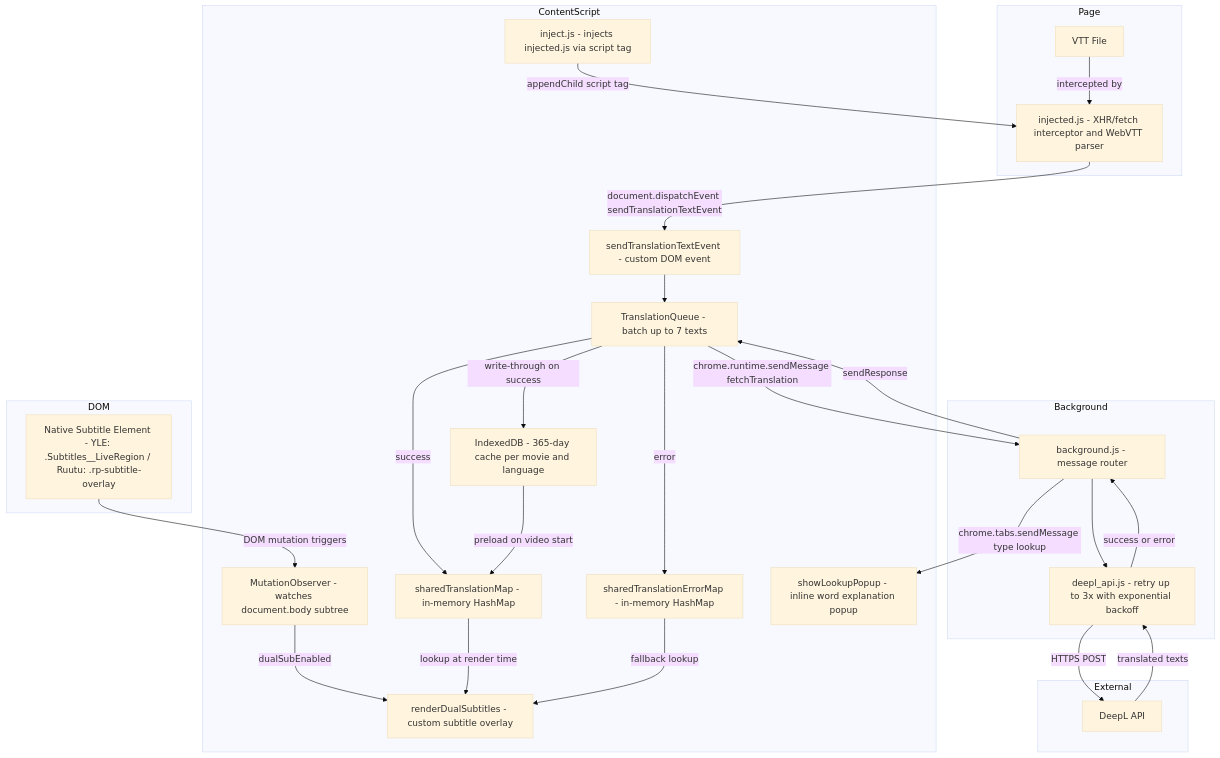
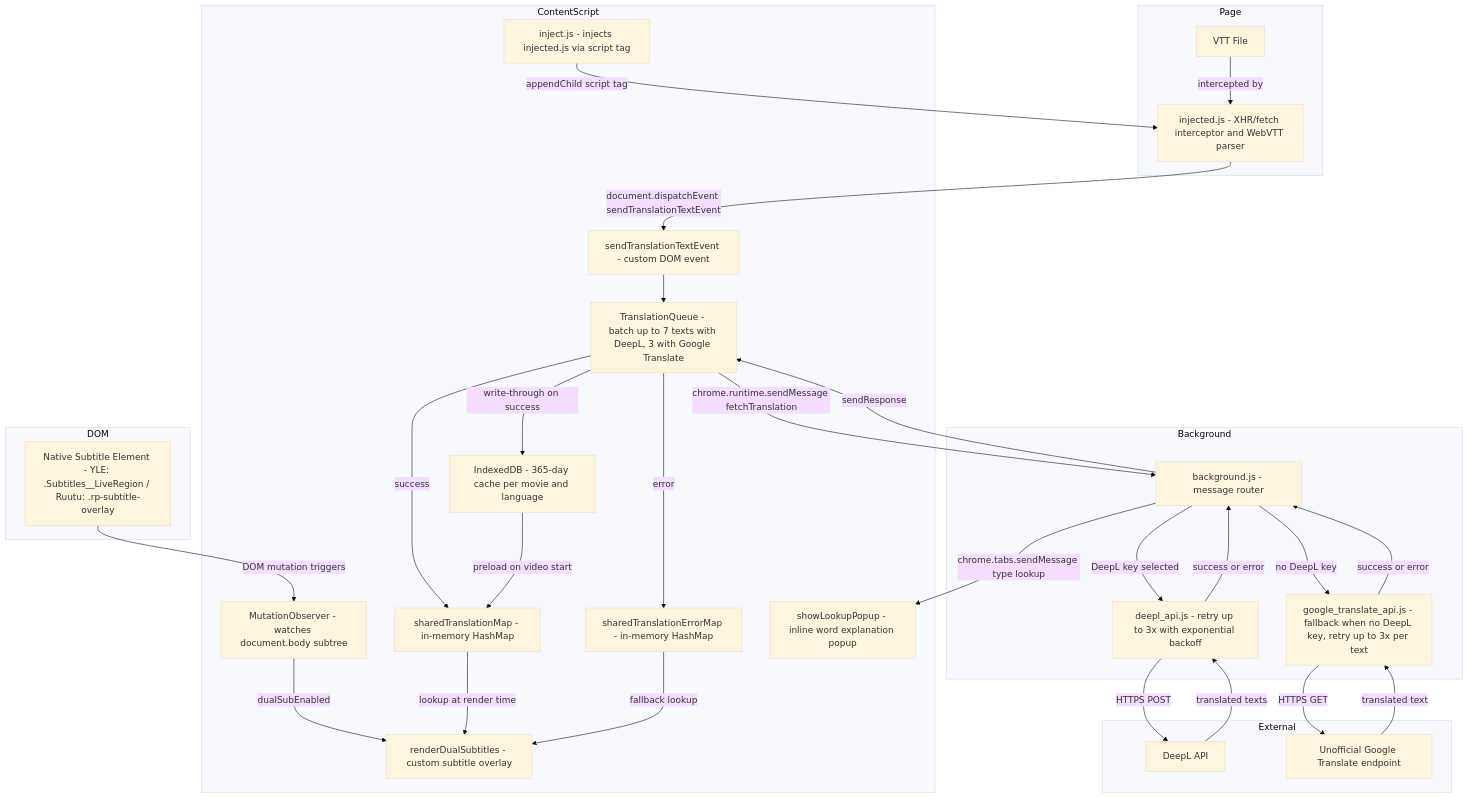
The first of 2 diagrams in README.md (anhtumai/finnish-streaming-dual-sub), drawn with Mermaid (base theme) before and after one commit. The commit also changed other lines of this file and 16 other files, not shown here.

First line of the commit message:
issue-30: use unofficial Google Translate as default when no DeepL key is set

````diff
--- a/README.md
+++ b/README.md
@@ -41,52 +43,58 @@
 ```mermaid
 flowchart TD
     subgraph Page
         VTT[VTT File]
         INJ[injected.js - XHR/fetch interceptor and WebVTT parser]
     end
 
     subgraph DOM
         NATIVE[Native Subtitle Element - YLE: .Subtitles__LiveRegion / Ruutu: .rp-subtitle-overlay]
     end
 
     subgraph ContentScript
         INJECT[inject.js - injects injected.js via script tag]
         EVT[sendTranslationTextEvent - custom DOM event]
-        TQ[TranslationQueue - batch up to 7 texts]
+        TQ[TranslationQueue - batch up to 7 texts with DeepL, 3 with Google Translate]
         MAP[sharedTranslationMap - in-memory HashMap]
         ERRMAP[sharedTranslationErrorMap - in-memory HashMap]
         IDB[IndexedDB - 365-day cache per movie and language]
         OBS[MutationObserver - watches document.body subtree]
         RENDER[renderDualSubtitles - custom subtitle overlay]
         LOOKUP[showLookupPopup - inline word explanation popup]
     end
 
     subgraph Background
         BG[background.js - message router]
         DEEPL_JS[deepl_api.js - retry up to 3x with exponential backoff]
+        GOOGLE_JS[google_translate_api.js - fallback when no DeepL key, retry up to 3x per text]
     end
 
     subgraph External
         DeepL[DeepL API]
+        Google[Unofficial Google Translate endpoint]
     end
 
     INJECT -->|appendChild script tag| INJ
     VTT -->|intercepted by| INJ
     INJ -->|document.dispatchEvent sendTranslationTextEvent| EVT
     EVT --> TQ
     TQ -->|chrome.runtime.sendMessage fetchTranslation| BG
-    BG --> DEEPL_JS
+    BG -->|DeepL key selected| DEEPL_JS
+    BG -->|no DeepL key| GOOGLE_JS
     DEEPL_JS -->|HTTPS POST| DeepL
     DeepL -->|translated texts| DEEPL_JS
     DEEPL_JS -->|success or error| BG
+    GOOGLE_JS -->|HTTPS GET| Google
+    Google -->|translated text| GOOGLE_JS
+    GOOGLE_JS -->|success or error| BG
     BG -->|sendResponse| TQ
     TQ -->|success| MAP
     TQ -->|error| ERRMAP
     TQ -->|write-through on success| IDB
     IDB -->|preload on video start| MAP
     NATIVE -->|DOM mutation triggers| OBS
     OBS -->|dualSubEnabled| RENDER
     MAP -->|lookup at render time| RENDER
     ERRMAP -->|fallback lookup| RENDER
     BG -->|chrome.tabs.sendMessage type lookup| LOOKUP
 ```
````
